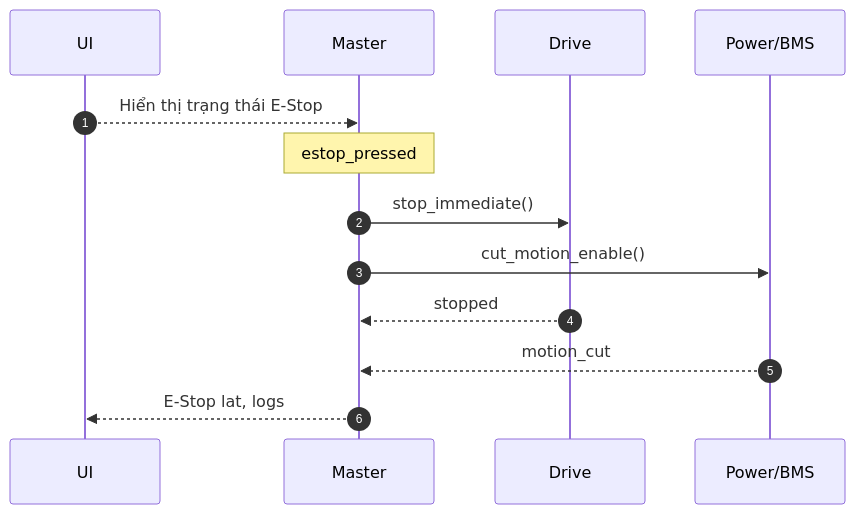
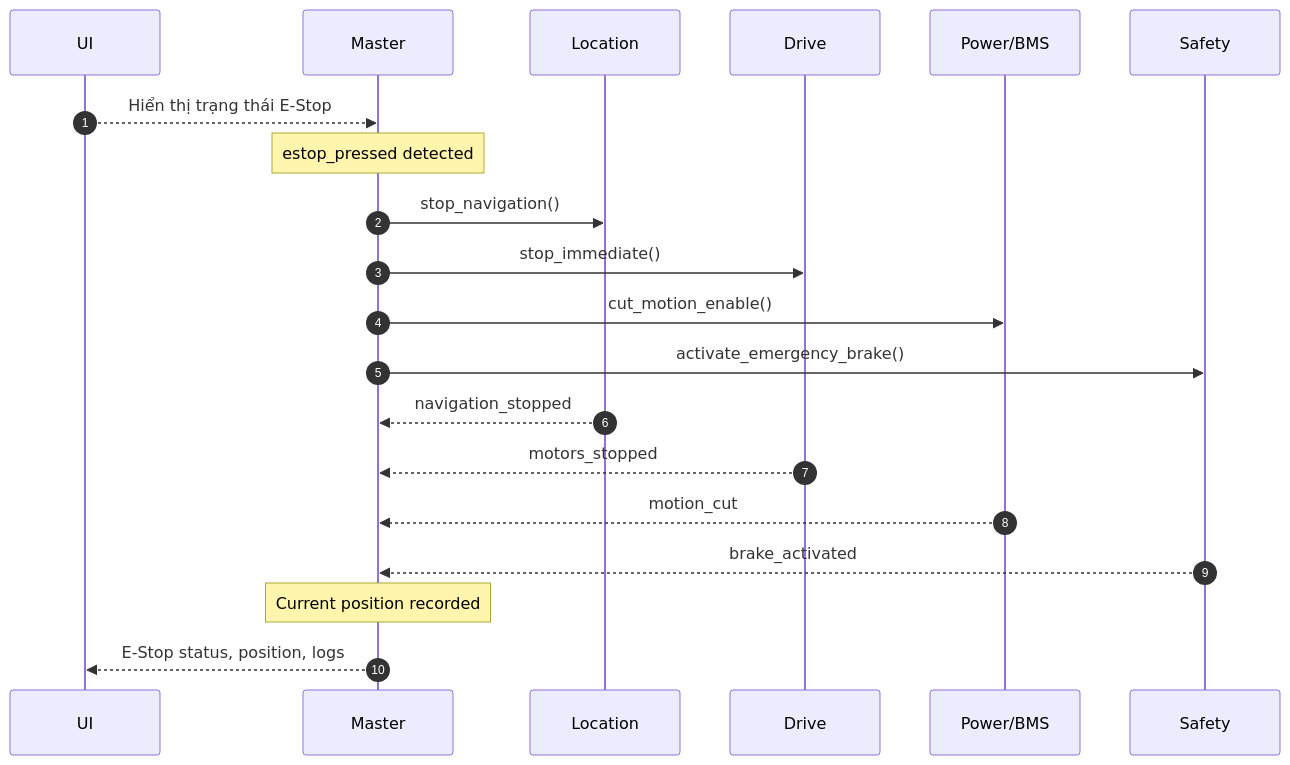
One commit to kimlam2010/OHT_V2 changed the second of 2 diagrams in docs/02-REQUIREMENTS/specs/REQ_State_Machine.md. Above: the diagram before and after it, drawn with Mermaid. The commit also changed other lines of this file and 15 other files, not shown here.

````diff
--- a/docs/02-REQUIREMENTS/specs/REQ_State_Machine.md
+++ b/docs/02-REQUIREMENTS/specs/REQ_State_Machine.md
@@ -41,15 +179,26 @@
 ```mermaid
 sequenceDiagram
   autonumber
   participant FE as UI
   participant MM as Master
+  participant LOC as Location
   participant DRV as Drive
   participant PWR as Power/BMS
+  participant SAF as Safety
+  
   FE-->>MM: Hiển thị trạng thái E‑Stop
-  Note over MM: estop_pressed
+  Note over MM: estop_pressed detected
+  
+  MM->>LOC: stop_navigation()
   MM->>DRV: stop_immediate()
   MM->>PWR: cut_motion_enable()
-  DRV-->>MM: stopped
+  MM->>SAF: activate_emergency_brake()
+  
+  LOC-->>MM: navigation_stopped
+  DRV-->>MM: motors_stopped
   PWR-->>MM: motion_cut
-  MM-->>FE: E‑Stop lat, logs
+  SAF-->>MM: brake_activated
+  
+  Note over MM: Current position recorded
+  MM-->>FE: E‑Stop status, position, logs
 ```
````
